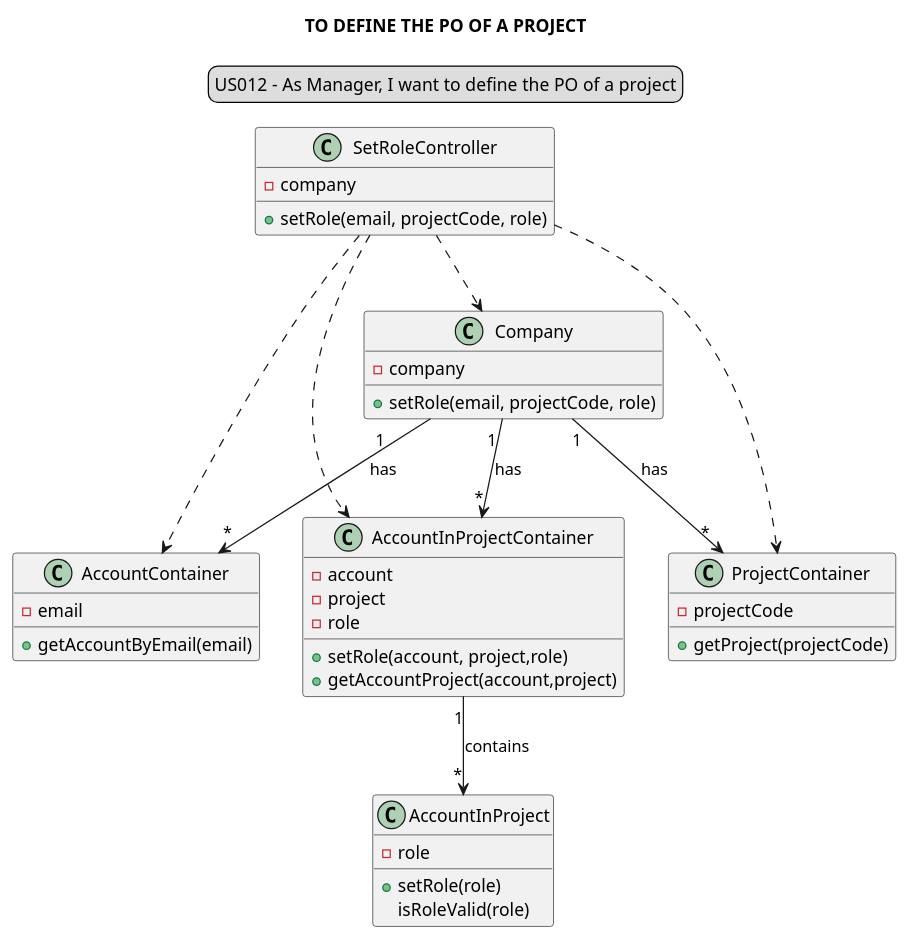
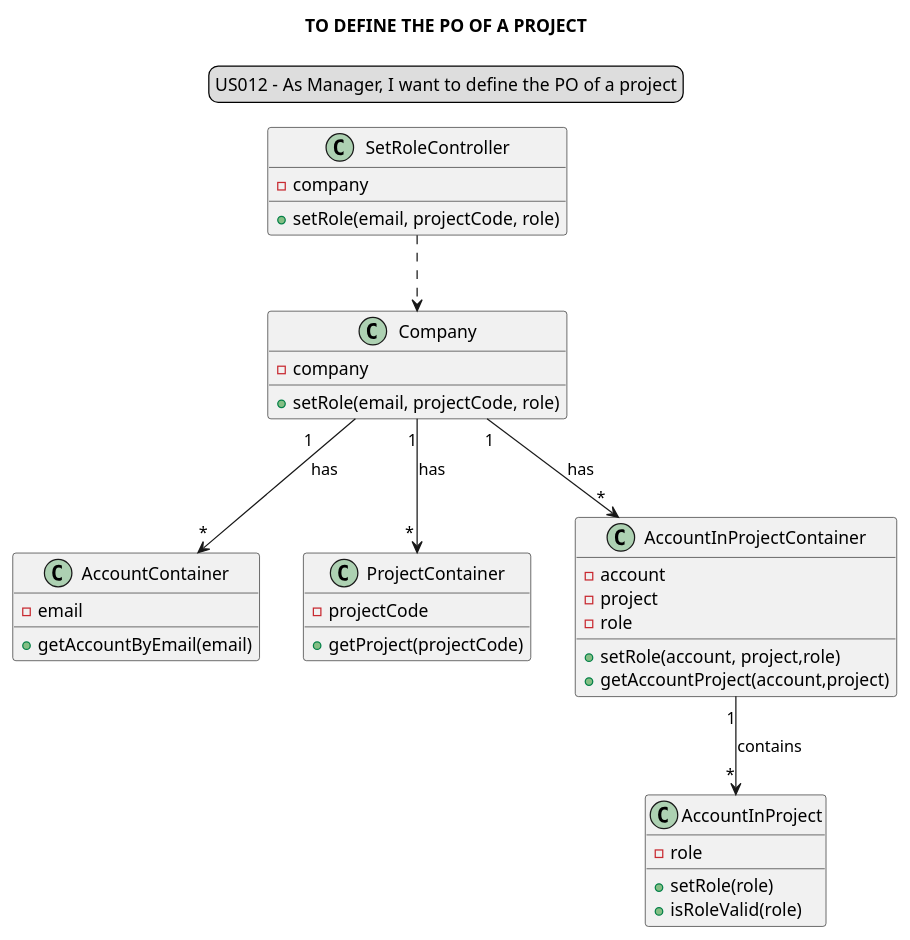
Before and after one commit to Loracline/project_switch_22-23: the diagram in docs/modelling_design/user_stories/US012/US012_classDiagram.puml, drawn with PlantUML. The commit also changed 2 other files, not shown here.

Commit message:
US012:Design: Class Diagram updated, SSD completed

```diff
--- a/docs/modelling_design/user_stories/US012/US012_classDiagram.puml
+++ b/docs/modelling_design/user_stories/US012/US012_classDiagram.puml
@@ -1,56 +1,52 @@
 @startuml
 
 skinparam sequenceMessageAlign center
 title TO DEFINE THE PO OF A PROJECT
 legend top
 US012 - As Manager, I want to define the PO of a project
 end legend
 
 class SetRoleController {
 -company
 +setRole(email, projectCode, role)
 }
 
 class Company {
 -company
 +setRole(email, projectCode, role)
 }
 
 class AccountContainer {
 -email
 +getAccountByEmail(email)
 
 }
 
 class ProjectContainer{
 -projectCode
 +getProject(projectCode)
 }
 
 class AccountInProjectContainer{
 -account
 -project
 -role
 +setRole(account, project,role)
 +getAccountProject(account,project)
 }
 
 class AccountInProject{
 -role
 +setRole(role)
-isRoleValid(role)
++isRoleValid(role)
 }
 
 
 SetRoleController ..> Company
 Company "1       " --> "*"AccountContainer: has
 Company "1"--> "        *"ProjectContainer: has
 Company "1 "-->"*" AccountInProjectContainer: has
 AccountInProjectContainer "    1"--> "   *"AccountInProject: contains
 
-SetRoleController ..> AccountContainer
-SetRoleController ..> ProjectContainer
-SetRoleController ..> AccountInProjectContainer
-
 
 @enduml
```
